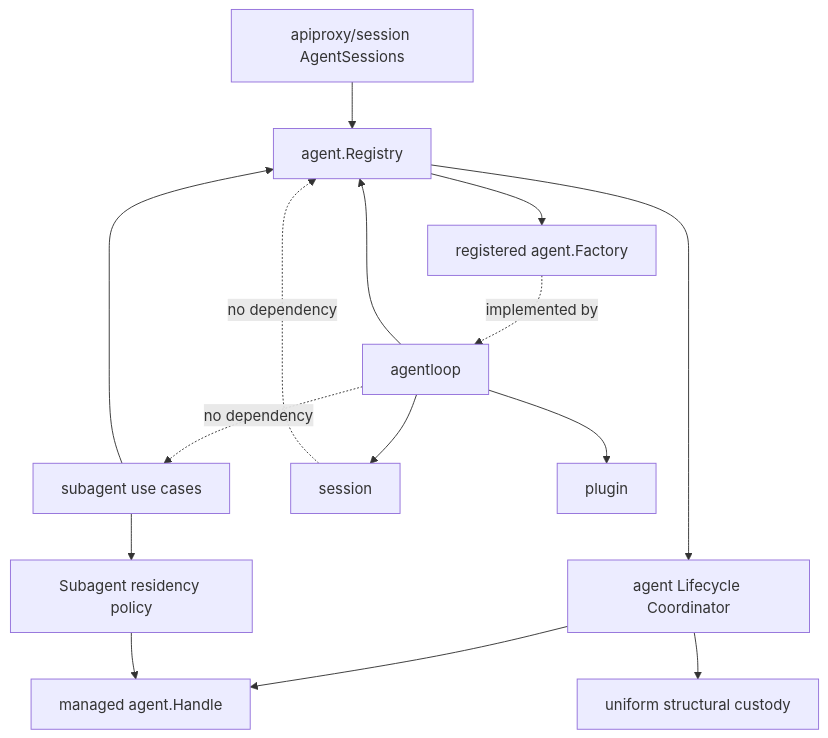
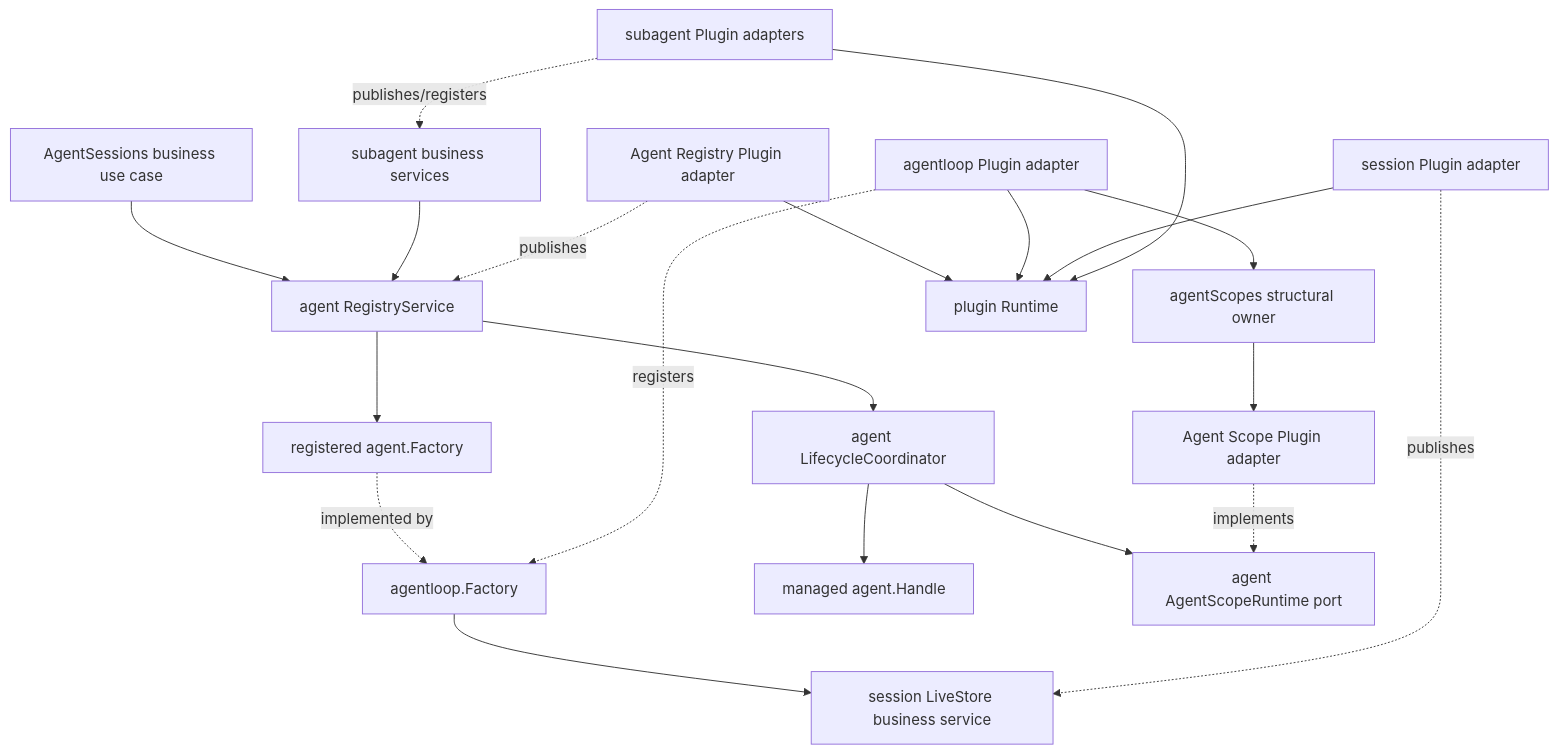
The diagram in zh-CN/Agent构造与父子生命周期重构方案.md (gorenx/goren), drawn with Mermaid before and after one commit. The commit also changed other lines of this file and 14 other files, not shown here.

Commit message:
docs(agent): finalize lifecycle refactor design

````diff
--- a/zh-CN/Agent构造与父子生命周期重构方案.md
+++ b/zh-CN/Agent构造与父子生命周期重构方案.md
@@ -192,22 +211,24 @@
 ```mermaid
 flowchart TD
-    API[apiproxy/session AgentSessions] --> Registry[agent.Registry]
-    Subagent[subagent use cases] --> Registry
+    API[AgentSessions business use case] --> Registry[agent RegistryService]
+    Subagent[subagent business services] --> Registry
+    Registry --> Lifecycle[agent LifecycleCoordinator]
+    Registry --> Factory[registered agent.Factory]
+    Factory -. implemented by .-> LoopFactory[agentloop.Factory]
+    LoopFactory --> Session[session LiveStore business service]
+    Lifecycle --> Handle[managed agent.Handle]
+    Lifecycle --> ScopeRuntime[agent AgentScopeRuntime port]
 
-    Registry --> Lifecycle[agent Lifecycle Coordinator]
-    Registry --> Factory[registered agent.Factory]
+    AgentPlugin[Agent Registry Plugin adapter] -. publishes .-> Registry
+    LoopPlugin[agentloop Plugin adapter] -. registers .-> LoopFactory
+    LoopPlugin --> AgentScopes[agentScopes structural owner]
+    AgentScopes --> ScopeAdapter[Agent Scope Plugin adapter]
+    ScopeAdapter -. implements .-> ScopeRuntime
+    SessionPlugin[session Plugin adapter] -. publishes .-> Session
+    SubagentPlugin[subagent Plugin adapters] -. publishes/registers .-> Subagent
 
-    Factory -. implemented by .-> AgentLoop[agentloop]
-    AgentLoop --> Session[session]
-    AgentLoop --> Plugin[plugin]
-    AgentLoop --> Registry
-
-    Lifecycle --> Handle[managed agent.Handle]
-    Lifecycle --> Custody[uniform structural custody]
-
-    Subagent --> Policy[Subagent residency policy]
-    Policy --> Handle
-
-    Session -. no dependency .-> Registry
-    AgentLoop -. no dependency .-> Subagent
+    AgentPlugin --> PluginRuntime[plugin Runtime]
+    LoopPlugin --> PluginRuntime
+    SessionPlugin --> PluginRuntime
+    SubagentPlugin --> PluginRuntime
 ```
````
